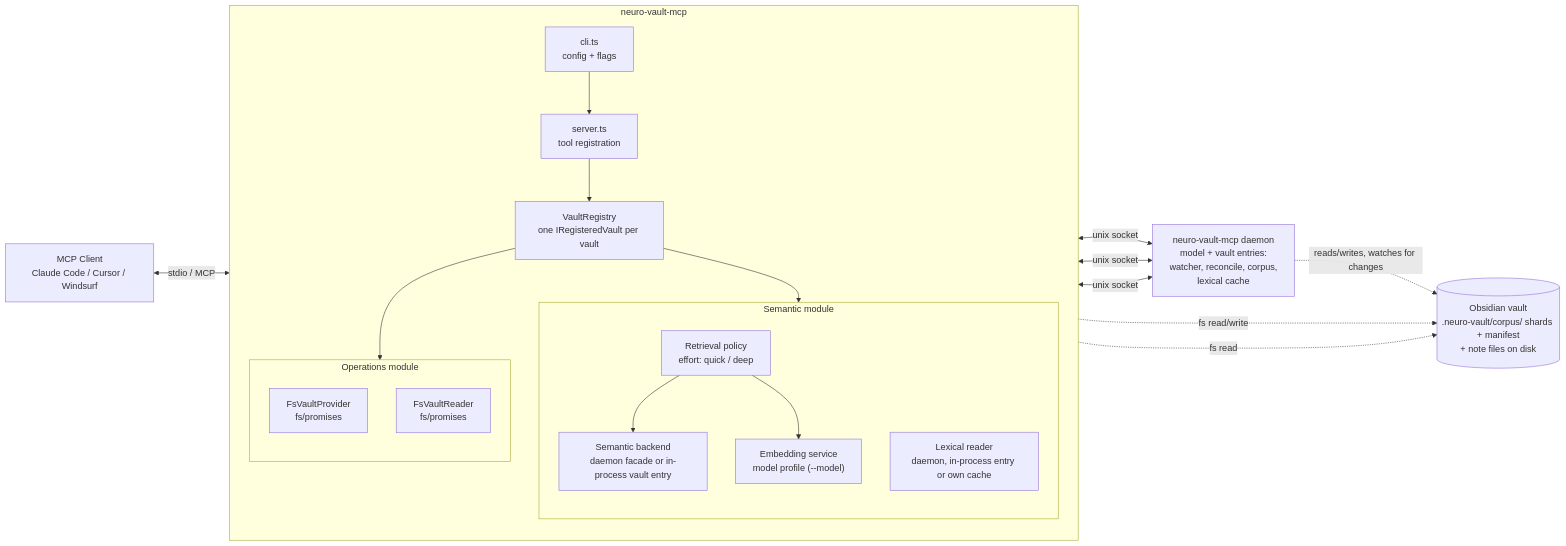
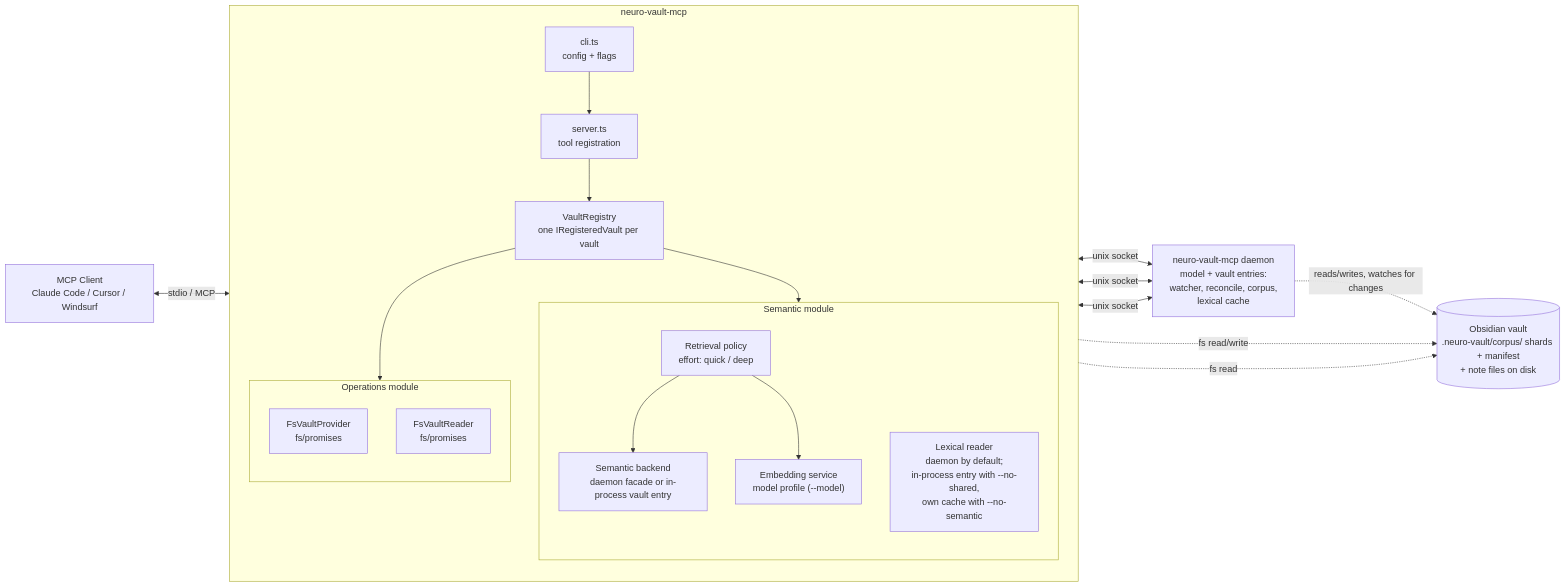
Before and after one commit to AlexMost/neuro-vault: the diagram in docs/architecture/module-structure.md, drawn with Mermaid. The commit also changed other lines of this file and 4 other files, not shown here.

First line of the commit message:
docs: tighten the lexical-cache sweep

````diff
--- a/docs/architecture/module-structure.md
+++ b/docs/architecture/module-structure.md
@@ -53,37 +53,37 @@
 ```mermaid
 flowchart LR
     Client[MCP Client<br/>Claude Code / Cursor / Windsurf]
     subgraph Server[neuro-vault-mcp]
         direction TB
         CLI[cli.ts<br/>config + flags]
         Core[server.ts<br/>tool registration]
         Registry[VaultRegistry<br/>one IRegisteredVault per vault]
         subgraph Semantic[Semantic module]
             direction TB
             Backend[Semantic backend<br/>daemon facade or in-process vault entry]
             Retrieval[Retrieval policy<br/>effort: quick / deep]
             Embed["Embedding service<br/>model profile (--model)"]
-            Lexical[Lexical reader<br/>daemon, in-process entry or own cache]
+            Lexical[Lexical reader<br/>daemon by default;<br/>in-process entry with --no-shared,<br/>own cache with --no-semantic]
         end
         subgraph Operations[Operations module]
             direction TB
             Provider[FsVaultProvider<br/>fs/promises]
             Reader[FsVaultReader<br/>fs/promises]
         end
         CLI --> Core
         Core --> Registry
         Registry --> Semantic
         Registry --> Operations
         Retrieval --> Embed
         Retrieval --> Backend
     end
     Daemon[neuro-vault-mcp daemon<br/>model + vault entries:<br/>watcher, reconcile, corpus,<br/>lexical cache]
     Vault[(Obsidian vault<br/>.neuro-vault/corpus/ shards + manifest<br/>+ note files on disk)]
     Client <-->|stdio / MCP| Core
     Backend <-->|unix socket| Daemon
     Embed <-->|unix socket| Daemon
     Daemon -. reads/writes, watches for changes .-> Vault
     Lexical <-->|unix socket| Daemon
     Provider -. fs read/write .-> Vault
     Reader -. fs read .-> Vault
 ```
````
